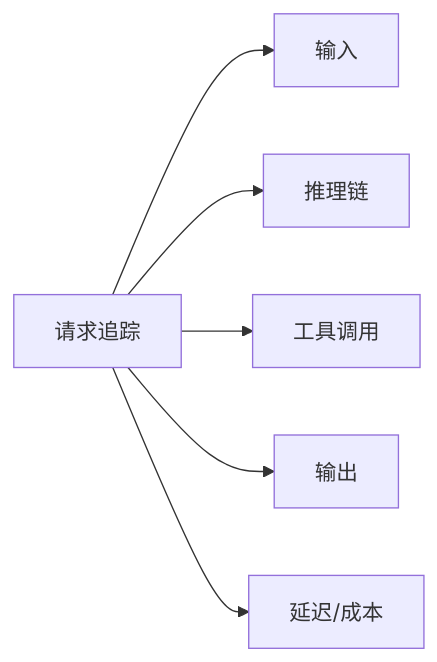
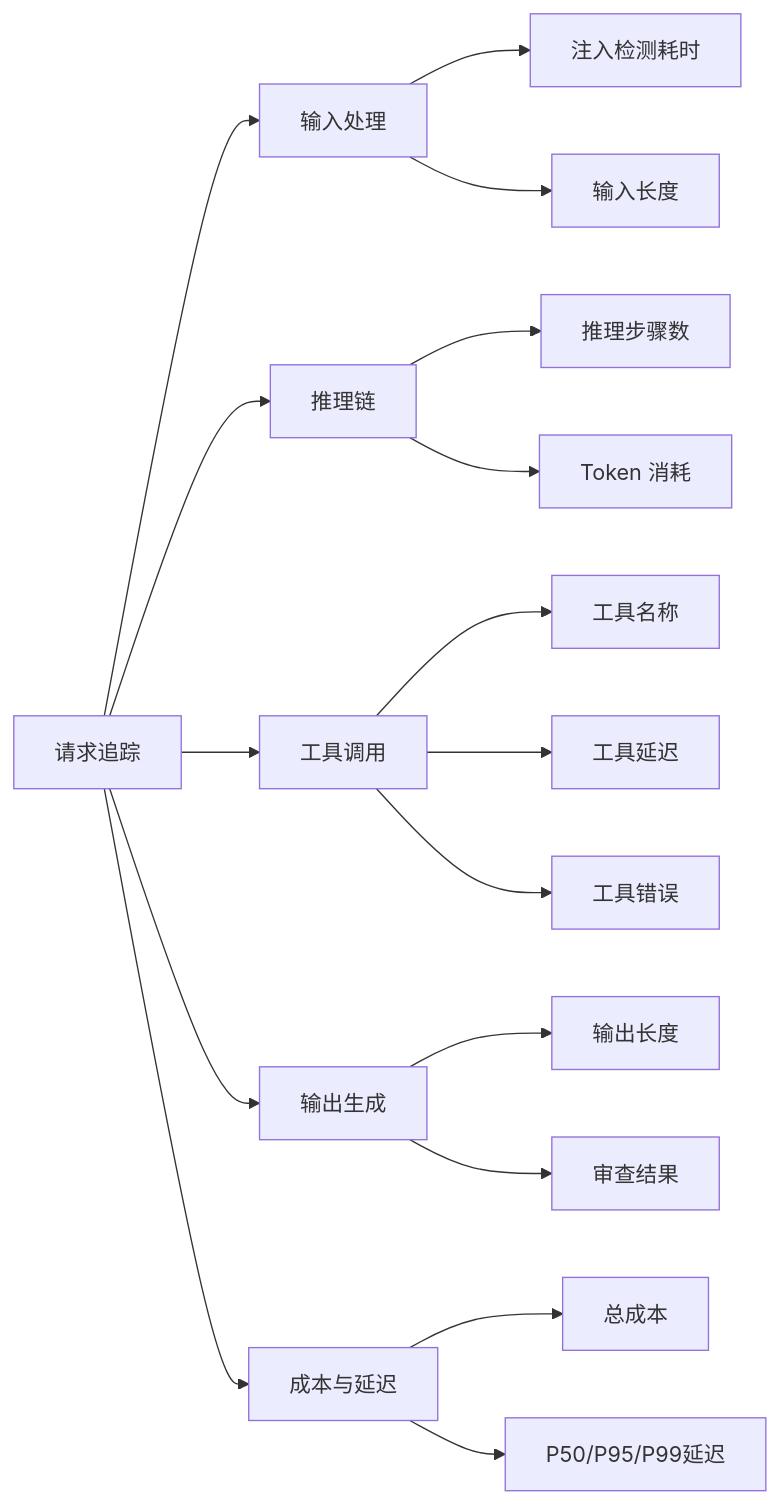
The second of 2 diagrams in docs/07-安全与治理/02-可观测性.md (dilboy/agent-programming-wiki), drawn with Mermaid before and after one commit. The commit also changed other lines of this file and 26 other files, not shown here.

````diff
--- a/docs/07-安全与治理/02-可观测性.md
+++ b/docs/07-安全与治理/02-可观测性.md
@@ -68,8 +197,19 @@
 ```mermaid
 graph LR
-    A[请求追踪] --> B[输入]
+    A[请求追踪] --> B[输入处理]
     A --> C[推理链]
     A --> D[工具调用]
-    A --> E[输出]
-    A --> F[延迟/成本]
+    A --> E[输出生成]
+    A --> F[成本与延迟]
+    B --> B1[注入检测耗时]
+    B --> B2[输入长度]
+    C --> C1[推理步骤数]
+    C --> C2[Token 消耗]
+    D --> D1[工具名称]
+    D --> D2[工具延迟]
+    D --> D3[工具错误]
+    E --> E1[输出长度]
+    E --> E2[审查结果]
+    F --> F1[总成本]
+    F --> F2[P50/P95/P99延迟]
 ```
````
